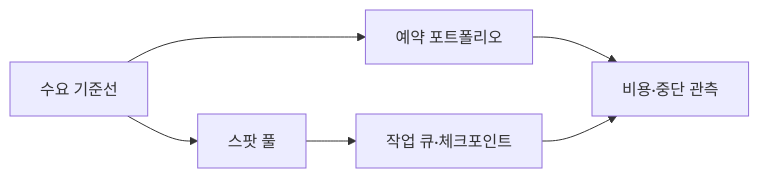
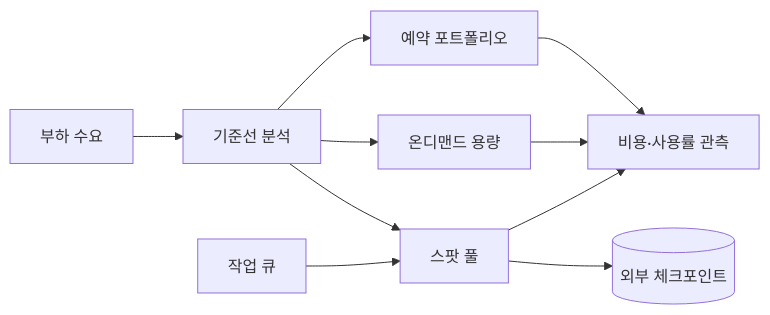
Before and after one commit to agnusdei1207/knowledge-base: the first of 2 diagrams in src/content/docs/notes/03-software/148_reserved_spot_instance.md, drawn with Mermaid. The commit also changed other lines of this file and 7 other files, not shown here.

````diff
--- a/src/content/docs/notes/03-software/148_reserved_spot_instance.md
+++ b/src/content/docs/notes/03-software/148_reserved_spot_instance.md
@@ -55,8 +53,12 @@
 ```mermaid
 flowchart LR
-    A[수요 기준선] --> B[예약 포트폴리오]
-    A --> C[스팟 풀]
-    C --> D[작업 큐·체크포인트]
-    B --> E[비용·중단 관측]
-    D --> E
+    D[부하 수요] --> B[기준선 분석]
+    B --> R[예약 포트폴리오]
+    B --> O[온디맨드 용량]
+    B --> S[스팟 풀]
+    Q[작업 큐] --> S
+    S --> C[(외부 체크포인트)]
+    R --> M[비용·사용률 관측]
+    O --> M
+    S --> M
 ```
````
